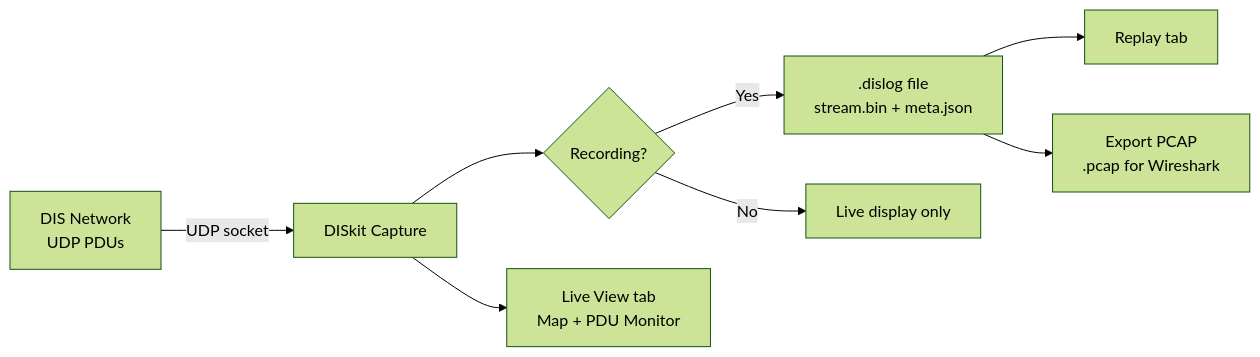
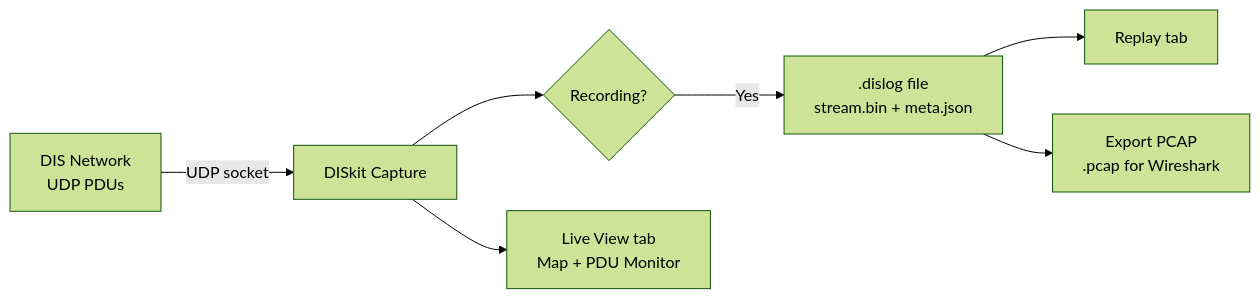
Before and after one commit to shprice/DISkit: the diagram in docs/log-mode.md, drawn with Mermaid (forest theme). The commit also changed other lines of this file, not shown here.

````diff
--- a/docs/log-mode.md
+++ b/docs/log-mode.md
@@ -108,10 +108,9 @@
 ```mermaid
 flowchart LR
     A[DIS Network\nUDP PDUs] -->|UDP socket| B[DISkit Capture]
     B --> C{Recording?}
     C -->|Yes| D[.dislog file\nstream.bin + meta.json]
-    C -->|No| E[Live display only]
     D --> F[Replay tab]
     D --> G[Export PCAP\n.pcap for Wireshark]
     B --> H[Live View tab\nMap + PDU Monitor]
 ```
````
